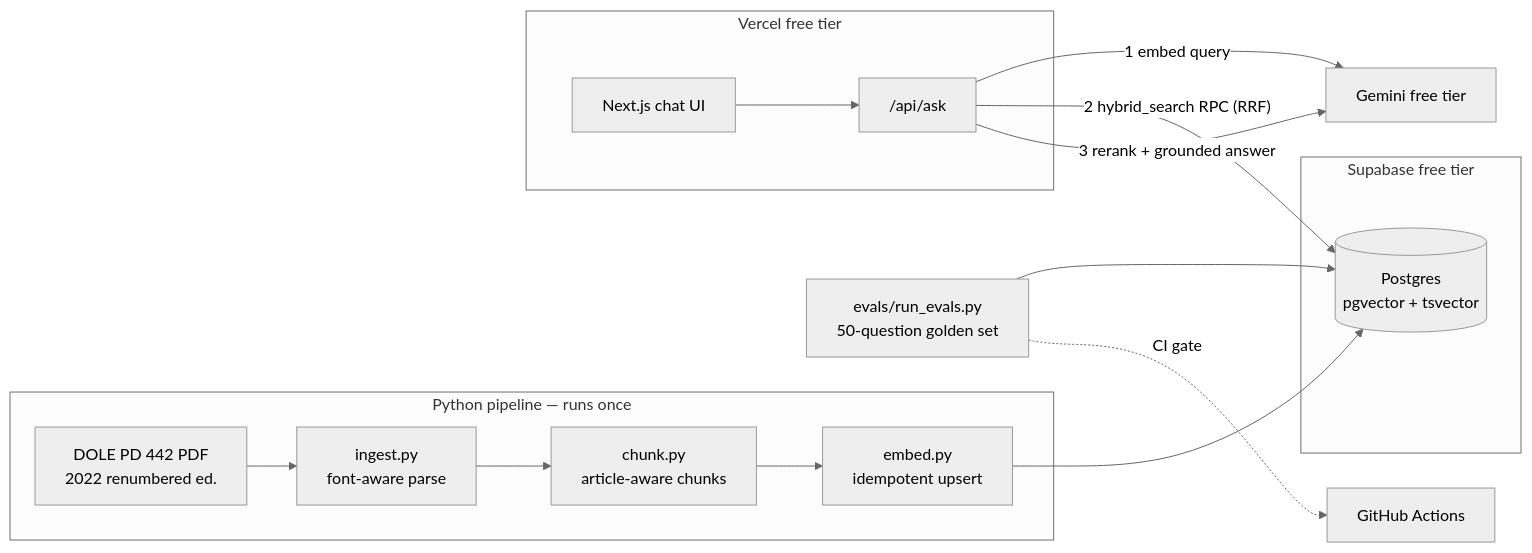
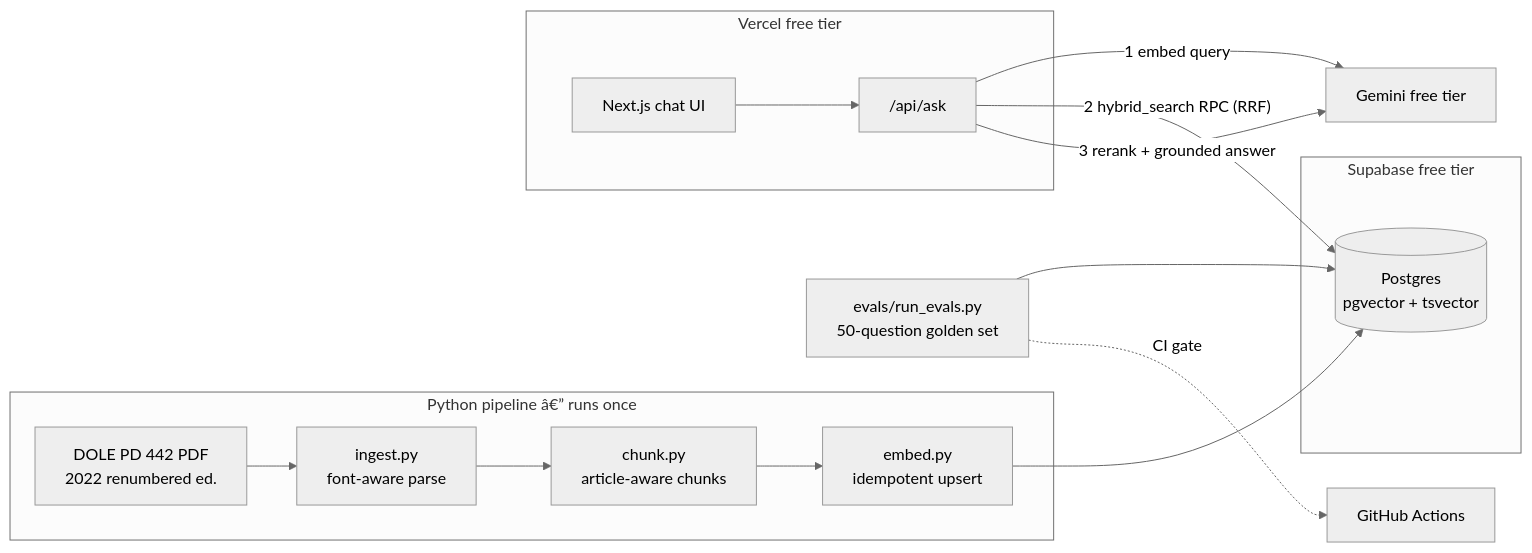
Before and after one commit to christiandlbanzon/batas-rag: the diagram in README.md, drawn with Mermaid (neutral theme). The commit also changed other lines of this file and 5 other files, not shown here.

````diff
--- a/README.md
+++ b/README.md
@@ -39,18 +39,18 @@
 ```mermaid
 flowchart LR
-    subgraph offline [Python pipeline — runs once]
+    subgraph offline [Python pipeline â€” runs once]
         PDF[DOLE PD 442 PDF<br/>2022 renumbered ed.] --> ING[ingest.py<br/>font-aware parse] --> CHK[chunk.py<br/>article-aware chunks] --> EMB[embed.py<br/>idempotent upsert]
     end
     subgraph supabase [Supabase free tier]
         DB[(Postgres<br/>pgvector + tsvector)]
     end
     subgraph serving [Vercel free tier]
         UI[Next.js chat UI] --> ASK["/api/ask"]
     end
     EMB --> DB
     ASK -- "1 embed query" --> GEM[Gemini free tier]
     ASK -- "2 hybrid_search RPC (RRF)" --> DB
     ASK -- "3 rerank + grounded answer" --> GEM
     EVAL[evals/run_evals.py<br/>50-question golden set] --> DB
     EVAL -.CI gate.-> GH[GitHub Actions]
 ```
````
